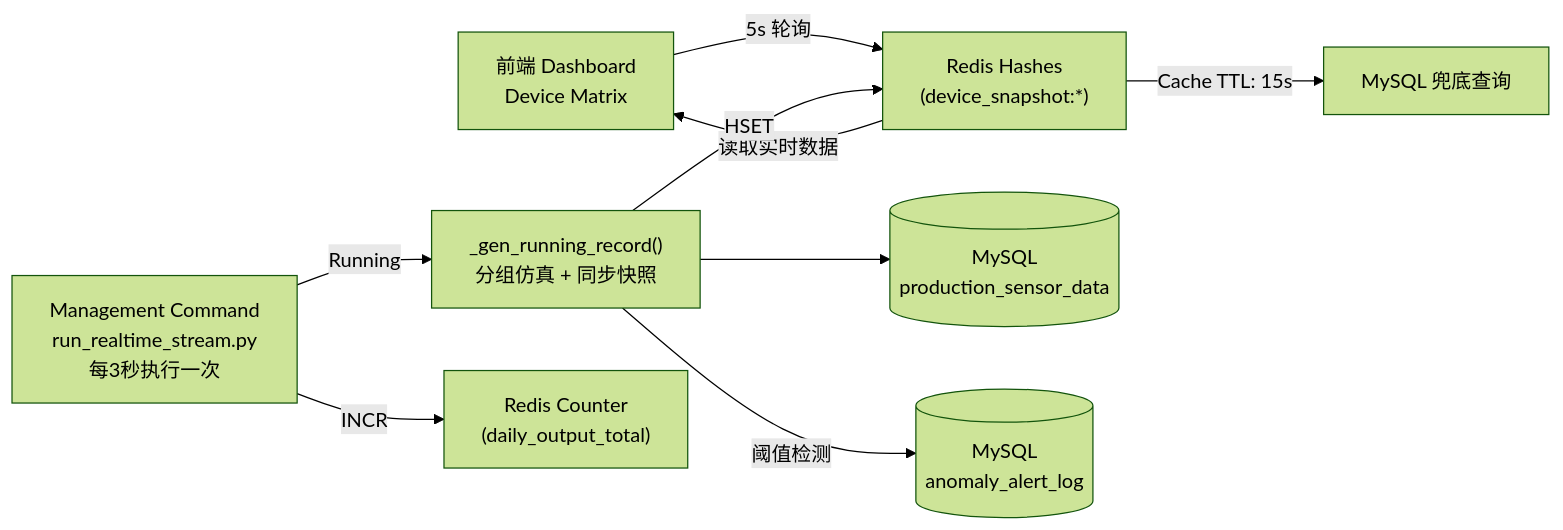
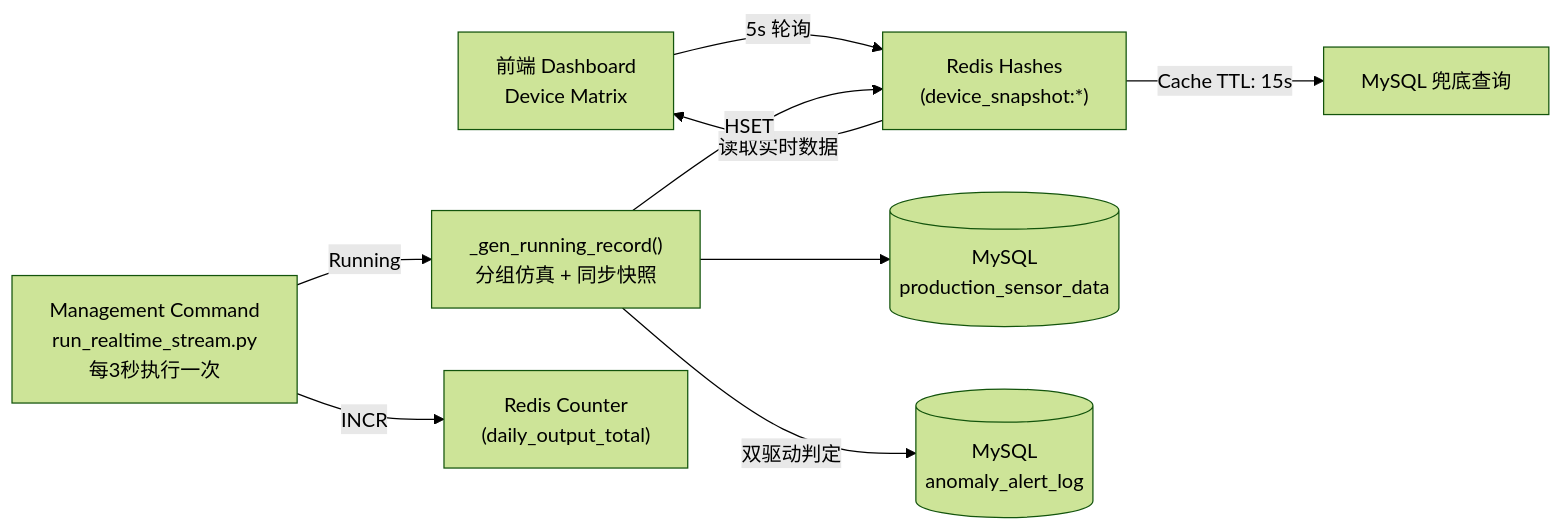
Before and after one commit to zhanzhikai611-del/Industrial-Anomaly-Detection: the second of 2 diagrams in Document/数据模拟设计文档.md, drawn with Mermaid (forest theme). The commit also changed other lines of this file and 17 other files, not shown here.

````diff
--- a/Document/数据模拟设计文档.md
+++ b/Document/数据模拟设计文档.md
@@ -244,11 +260,11 @@
 ```mermaid
 flowchart LR
     FE["前端 Dashboard\nDevice Matrix"] -->|5s 轮询| RDS["Redis Hashes\n(device_snapshot:*)"]
     RDS -->|读取实时数据| FE
     CMD["Management Command\nrun_realtime_stream.py\n每3秒执行一次"] -->|Running| GEN["_gen_running_record()\n分组仿真 + 同步快照"]
     GEN --> PSD[("MySQL\nproduction_sensor_data")]
     GEN -->|HSET| RDS
-    GEN -->|阈值检测| ALT[("MySQL\nanomaly_alert_log")]
+    GEN -->|双驱动判定| ALT[("MySQL\nanomaly_alert_log")]
     RDS -->|Cache TTL: 15s| D_SQL["MySQL 兜底查询"]
     CMD -->|INCR| D_OUT["Redis Counter\n(daily_output_total)"]
 ```
````
